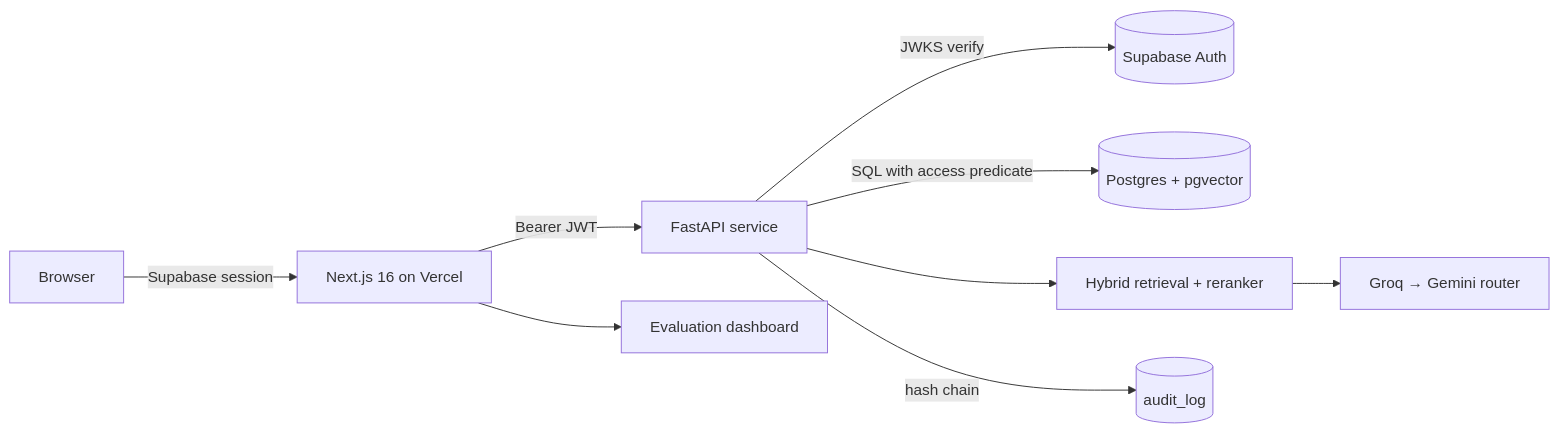
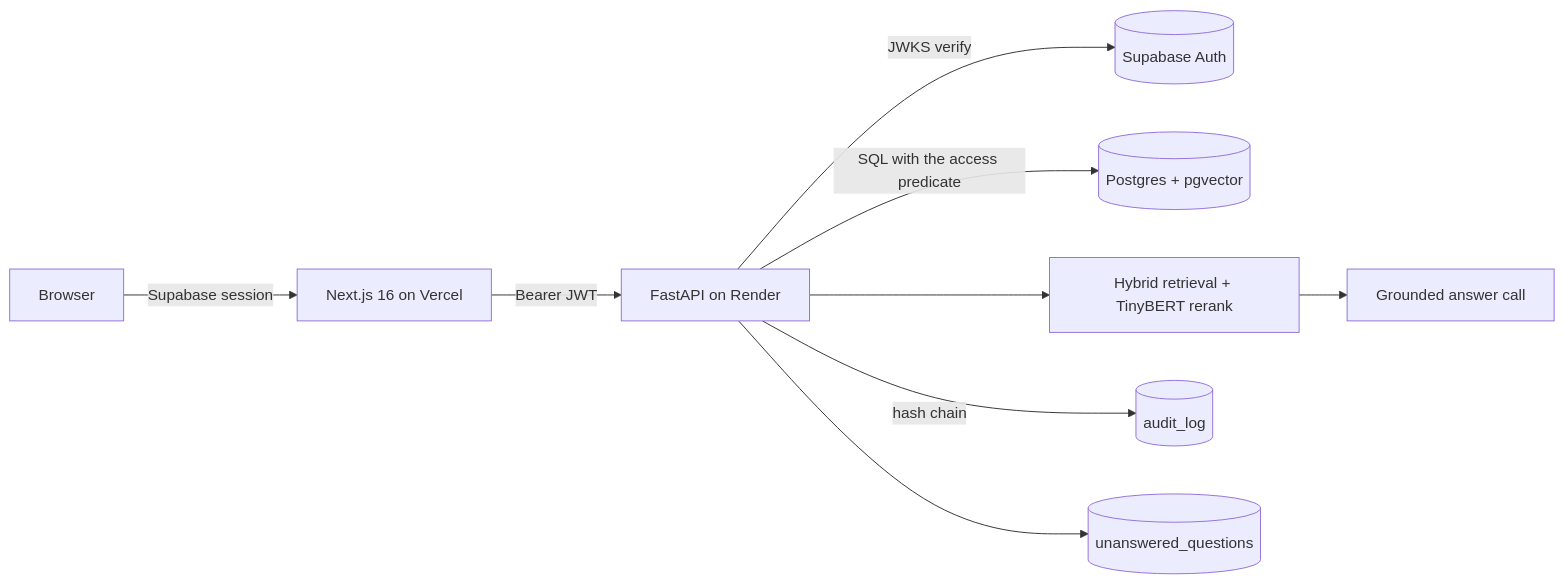
Before and after one commit to ibrahimSumon47/Enterprise-Knowledge-Copilot: the diagram in README.md, drawn with Mermaid. The commit also changed other lines of this file and 5 other files, not shown here.

````diff
--- a/README.md
+++ b/README.md
@@ -63,11 +34,11 @@
 ```mermaid
 flowchart LR
   U[Browser] -->|Supabase session| W[Next.js 16 on Vercel]
-  W -->|Bearer JWT| A[FastAPI service]
+  W -->|Bearer JWT| A[FastAPI on Render]
   A -->|JWKS verify| S[(Supabase Auth)]
-  A -->|SQL with access predicate| P[(Postgres + pgvector)]
-  A --> R[Hybrid retrieval + reranker]
-  R --> L[Groq → Gemini router]
+  A -->|SQL with the access predicate| P[(Postgres + pgvector)]
+  A --> R[Hybrid retrieval + TinyBERT rerank]
+  R --> L[Grounded answer call]
   A -->|hash chain| AUD[(audit_log)]
-  W --> E[Evaluation dashboard]
+  A --> Q[(unanswered_questions)]
 ```
````
